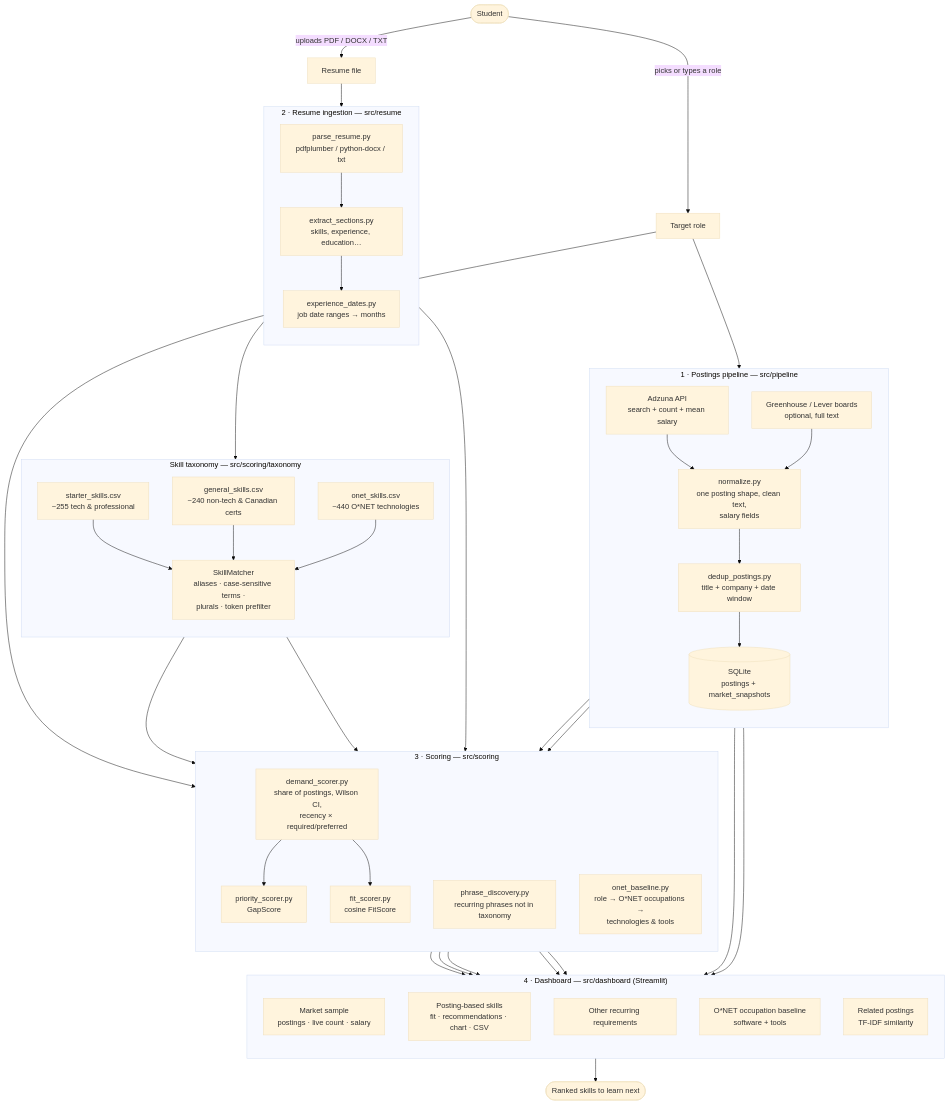
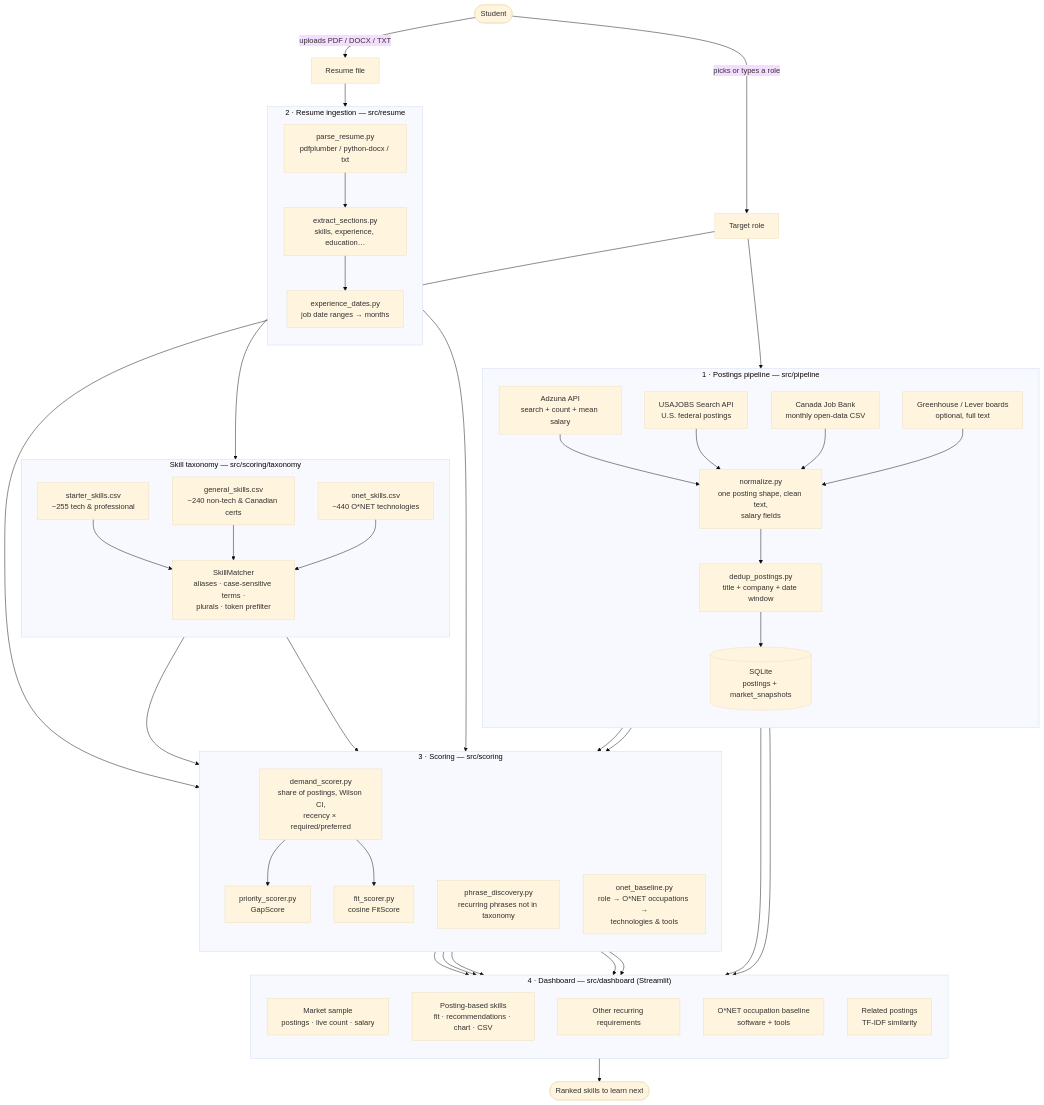
Before and after one commit to luislimon12/skills_gap_analyzer: the first of 7 diagrams in docs/Skills Gap Analyzer - Complete Guide.md, drawn with Mermaid (base theme). The commit also changed other lines of this file and 22 other files, not shown here.

````diff
--- a/docs/Skills Gap Analyzer - Complete Guide.md
+++ b/docs/Skills Gap Analyzer - Complete Guide.md
@@ -34,74 +34,78 @@
 ```mermaid
 flowchart TD
     U([Student]) -->|picks or types a role| ROLE[Target role]
     U -->|uploads PDF / DOCX / TXT| RES[Resume file]
 
     subgraph P1["1 · Postings pipeline — src/pipeline"]
         direction TB
         ADZ[Adzuna API<br/>search + count + mean salary]
+        USA[USAJOBS Search API<br/>U.S. federal postings]
+        JB[Canada Job Bank<br/>monthly open-data CSV]
         ATS[Greenhouse / Lever boards<br/>optional, full text]
         NORM[normalize.py<br/>one posting shape, clean text,<br/>salary fields]
         DEDUP[dedup_postings.py<br/>title + company + date window]
         DB[(SQLite<br/>postings + market_snapshots)]
         ADZ --> NORM
+        USA --> NORM
+        JB --> NORM
         ATS --> NORM
         NORM --> DEDUP --> DB
     end
 
     subgraph P2["2 · Resume ingestion — src/resume"]
         direction TB
         PARSE[parse_resume.py<br/>pdfplumber / python-docx / txt]
         SECT[extract_sections.py<br/>skills, experience, education…]
         DATES[experience_dates.py<br/>job date ranges → months]
         PARSE --> SECT --> DATES
     end
 
     subgraph TAX["Skill taxonomy — src/scoring/taxonomy"]
         direction TB
         CUR1[starter_skills.csv<br/>~255 tech & professional]
         CUR2[general_skills.csv<br/>~240 non-tech & Canadian certs]
         ONET[onet_skills.csv<br/>~440 O*NET technologies]
         MATCH[SkillMatcher<br/>aliases · case-sensitive terms ·<br/>plurals · token prefilter]
         CUR1 --> MATCH
         CUR2 --> MATCH
         ONET --> MATCH
     end
 
     subgraph P3["3 · Scoring — src/scoring"]
         direction TB
         DEM[demand_scorer.py<br/>share of postings, Wilson CI,<br/>recency × required/preferred]
         GAP[priority_scorer.py<br/>GapScore]
         FIT[fit_scorer.py<br/>cosine FitScore]
         PHR[phrase_discovery.py<br/>recurring phrases not in taxonomy]
         OCC[onet_baseline.py<br/>role → O*NET occupations →<br/>technologies & tools]
         DEM --> GAP
         DEM --> FIT
     end
 
     subgraph P4["4 · Dashboard — src/dashboard (Streamlit)"]
         direction TB
         M1[Market sample<br/>postings · live count · salary]
         M2[Posting-based skills<br/>fit · recommendations · chart · CSV]
         M3[Other recurring requirements]
         M4[O*NET occupation baseline<br/>software + tools]
         M5[Related postings<br/>TF-IDF similarity]
     end
 
     ROLE --> ADZ
     ROLE --> OCC
     RES --> PARSE
     DB --> DEM
     DB --> PHR
     MATCH --> DEM
     MATCH --> PHR
     SECT --> MATCH
     DATES --> DEM
     OCC --> M4
     DEM --> M2
     GAP --> M2
     FIT --> M2
     PHR --> M3
     DB --> M1
     DB --> M5
     M2 --> OUT([Ranked skills to learn next])
 ```
````
